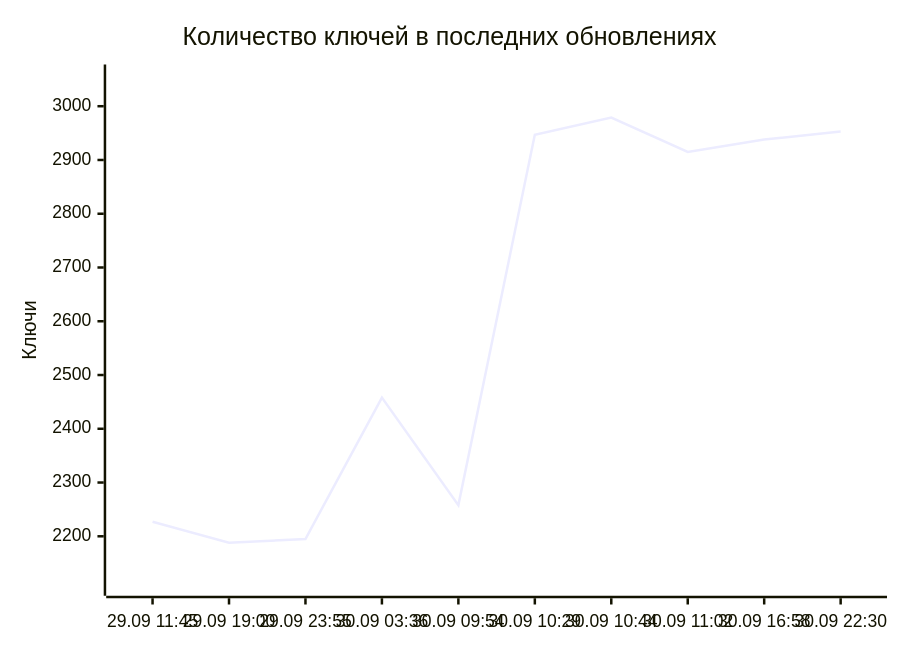
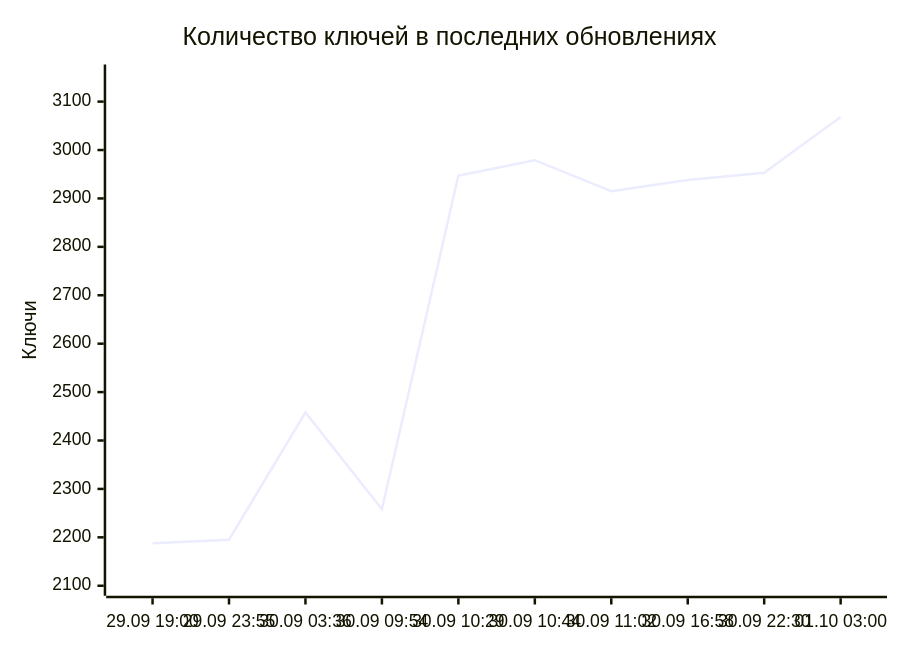
One commit to markKikhtenko/WireVeil changed the diagram in README.md. Above: the diagram before and after it, drawn with Mermaid. The commit also changed other lines of this file and 12 other files, not shown here.

````diff
--- a/README.md
+++ b/README.md
@@ -55,7 +55,7 @@
 ```mermaid
 xychart-beta
     title "Количество ключей в последних обновлениях"
-    x-axis ["29.09 11:45", "29.09 19:00", "29.09 23:55", "30.09 03:36", "30.09 09:54", "30.09 10:29", "30.09 10:44", "30.09 11:02", "30.09 16:58", "30.09 22:30"]
-    y-axis "Ключи" 2108 --> 3059
-    line [2227, 2188, 2195, 2458, 2258, 2947, 2979, 2915, 2938, 2953]
+    x-axis ["29.09 19:00", "29.09 23:55", "30.09 03:36", "30.09 09:54", "30.09 10:29", "30.09 10:44", "30.09 11:02", "30.09 16:58", "30.09 22:30", "01.10 03:00"]
+    y-axis "Ключи" 2100 --> 3156
+    line [2188, 2195, 2458, 2258, 2947, 2979, 2915, 2938, 2953, 3068]
 ```
````
